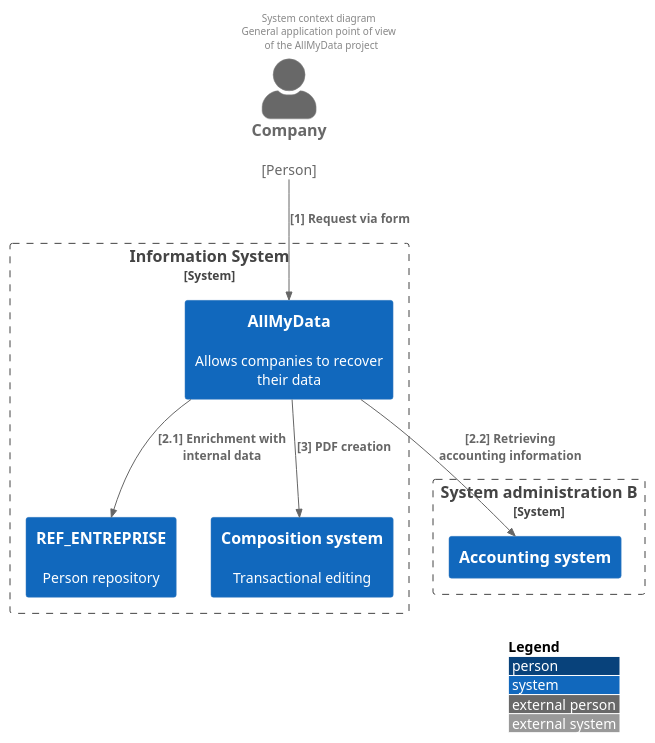
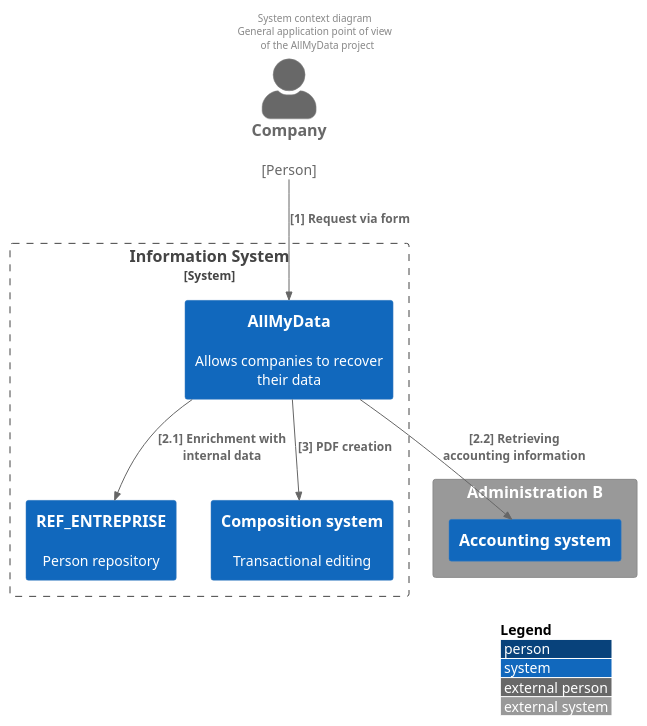
One commit to bflorat/architecture-document-template changed the diagram in diagrams/general-application-design.puml. Above: the diagram before and after it, drawn with PlantUML. The commit also changed 18 other files, not shown here.

Commit message:
refactor: improved diagrams

```diff
--- a/diagrams/general-application-design.puml
+++ b/diagrams/general-application-design.puml
@@ -1,24 +1,23 @@
 @startuml general-application-design
-!include C4/C4_Context.puml
+!include <C4/C4_Context>
 header System context diagram \nGeneral application point of view \n of the AllMyData project
 LAYOUT_WITH_LEGEND()
-HIDE_STEREOTYPE()
 SHOW_PERSON_PORTRAIT()
 
 Person_Ext(company, "Company", "[Person]")
 
-System_Boundary(administration, "System administration B") {
+System_Ext(administration, "Administration B") {
      System(p1, "Accounting system")
 }
 
 System_Boundary(si, "Information System") {
    System(ma, "AllMyData", "Allows companies to recover their data")
    System(ref1, "REF_ENTREPRISE", "Person repository")
    System(compo, "Composition system", "Transactional editing") {
 }
 
 Rel(company, ma, "[1] Request via form")
 Rel(ma, ref1, "[2.1] Enrichment with internal data")
 Rel(ma, p1, "[2.2] Retrieving accounting information")
 Rel(ma, compo, "[3] PDF creation")
 @enduml
```
